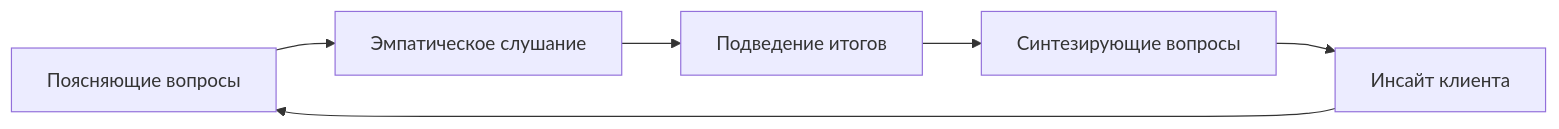
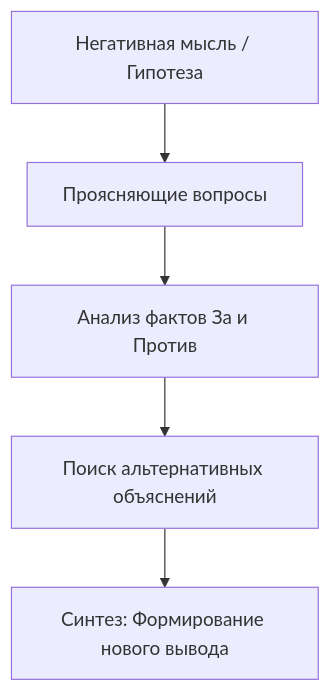
Before and after one commit to becasualle/vimutti: the diagram in content/articles/techniques/sokraticeskij-dialog-kpt/index.mdx, drawn with Mermaid. The commit also changed other lines of this file and 8 other files, not shown here.

````diff
--- a/content/articles/techniques/sokraticeskij-dialog-kpt/index.mdx
+++ b/content/articles/techniques/sokraticeskij-dialog-kpt/index.mdx
@@ -107,8 +34,7 @@
 ```mermaid
-graph LR
-    A[Поясняющие вопросы] --> B[Эмпатическое слушание]
-    B --> C[Подведение итогов]
-    C --> D[Синтезирующие вопросы]
-    D --> E[Инсайт клиента]
-    E --> A
+graph TD
+    A[Негативная мысль / Гипотеза] --> B[Проясняющие вопросы]
+    B --> C[Анализ фактов За и Против]
+    C --> D[Поиск альтернативных объяснений]
+    D --> E[Синтез: Формирование нового вывода]
 ```
````
